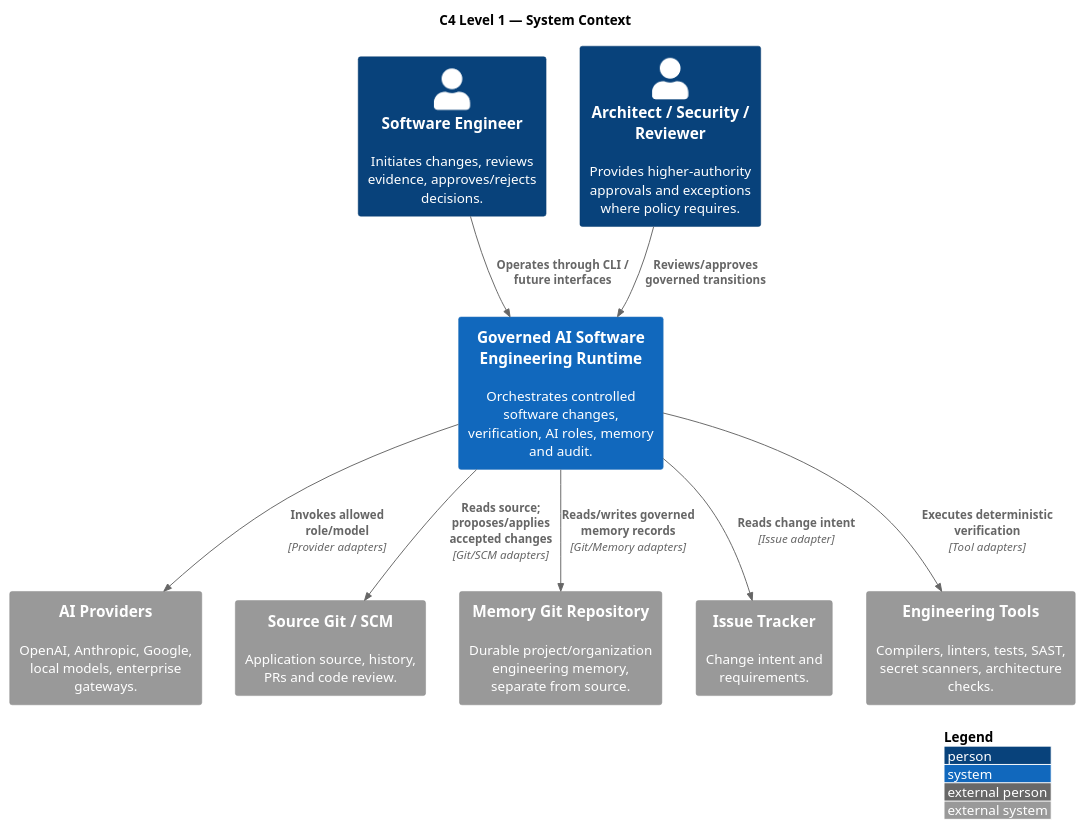
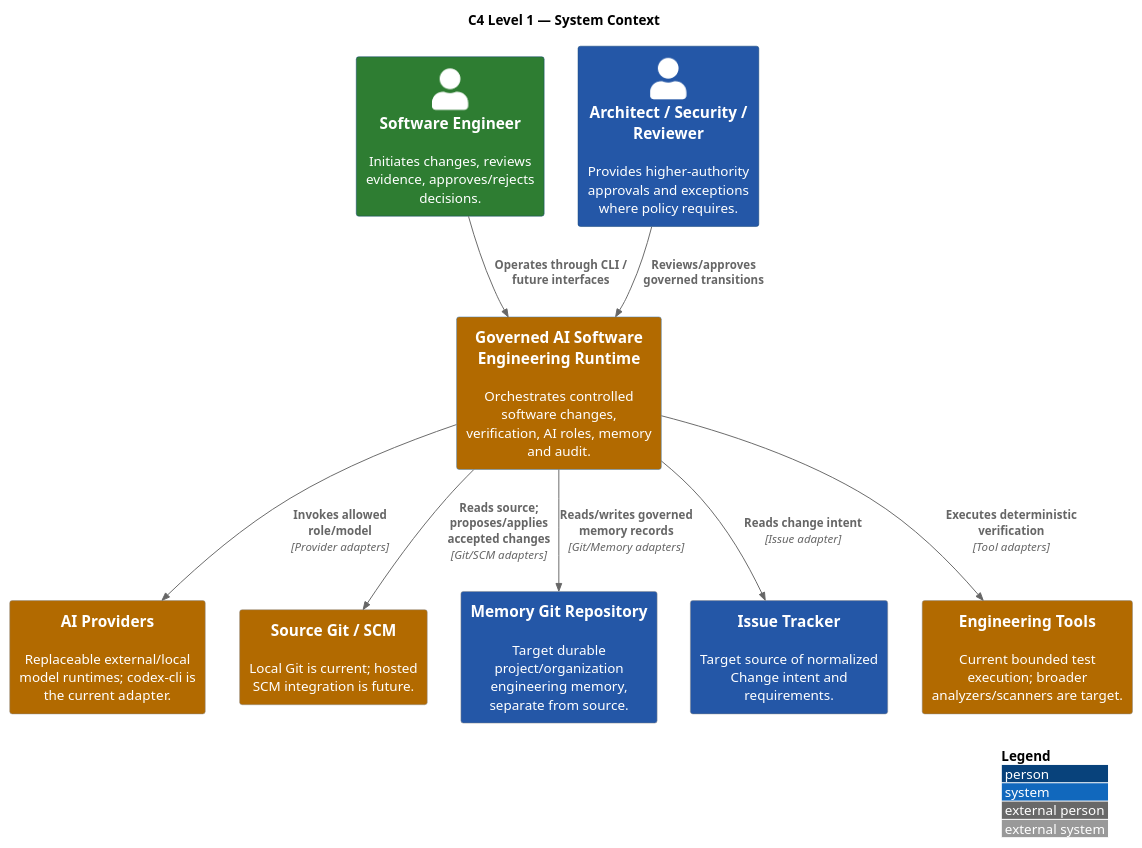
The diagram in docs/architecture/src/docs/arc42/diagrams/c4-context.puml (Eu-Pedro0ficial/praetor), drawn with PlantUML before and after one commit. The commit also changed 55 other files, not shown here.

Commit message:
docs: reconcile roadmap v2 and architecture traceability

```diff
--- a/docs/architecture/src/docs/arc42/diagrams/c4-context.puml
+++ b/docs/architecture/src/docs/arc42/diagrams/c4-context.puml
@@ -1,20 +1,24 @@
 @startuml
 !include <C4/C4_Context>
+AddElementTag("AS-IS", $bgColor="#2E7D32", $fontColor="#FFFFFF", $legendText="AS-IS")
+AddElementTag("PARTIAL", $bgColor="#B26A00", $fontColor="#FFFFFF", $legendText="PARTIAL")
+AddElementTag("TARGET", $bgColor="#2457A7", $fontColor="#FFFFFF", $legendText="TARGET")
+AddElementTag("DEFERRED", $bgColor="#6A5A78", $fontColor="#FFFFFF", $legendText="DEFERRED")
 LAYOUT_WITH_LEGEND()
 title C4 Level 1 — System Context
-Person(engineer, "Software Engineer", "Initiates changes, reviews evidence, approves/rejects decisions.")
-Person(architect, "Architect / Security / Reviewer", "Provides higher-authority approvals and exceptions where policy requires.")
-System(runtime, "Governed AI Software Engineering Runtime", "Orchestrates controlled software changes, verification, AI roles, memory and audit.")
-System_Ext(ai, "AI Providers", "OpenAI, Anthropic, Google, local models, enterprise gateways.")
-System_Ext(source, "Source Git / SCM", "Application source, history, PRs and code review.")
-System_Ext(memory, "Memory Git Repository", "Durable project/organization engineering memory, separate from source.")
-System_Ext(issue, "Issue Tracker", "Change intent and requirements.")
-System_Ext(tools, "Engineering Tools", "Compilers, linters, tests, SAST, secret scanners, architecture checks.")
+Person(engineer, "Software Engineer", "Initiates changes, reviews evidence, approves/rejects decisions.", $tags="AS-IS")
+Person(architect, "Architect / Security / Reviewer", "Provides higher-authority approvals and exceptions where policy requires.", $tags="TARGET")
+System(runtime, "Governed AI Software Engineering Runtime", "Orchestrates controlled software changes, verification, AI roles, memory and audit.", $tags="PARTIAL")
+System_Ext(ai, "AI Providers", "Replaceable external/local model runtimes; codex-cli is the current adapter.", $tags="PARTIAL")
+System_Ext(source, "Source Git / SCM", "Local Git is current; hosted SCM integration is future.", $tags="PARTIAL")
+System_Ext(memory, "Memory Git Repository", "Target durable project/organization engineering memory, separate from source.", $tags="TARGET")
+System_Ext(issue, "Issue Tracker", "Target source of normalized Change intent and requirements.", $tags="TARGET")
+System_Ext(tools, "Engineering Tools", "Current bounded test execution; broader analyzers/scanners are target.", $tags="PARTIAL")
 Rel(engineer, runtime, "Operates through CLI / future interfaces")
 Rel(architect, runtime, "Reviews/approves governed transitions")
 Rel(runtime, ai, "Invokes allowed role/model", "Provider adapters")
 Rel(runtime, source, "Reads source; proposes/applies accepted changes", "Git/SCM adapters")
 Rel(runtime, memory, "Reads/writes governed memory records", "Git/Memory adapters")
 Rel(runtime, issue, "Reads change intent", "Issue adapter")
 Rel(runtime, tools, "Executes deterministic verification", "Tool adapters")
 @enduml
```
